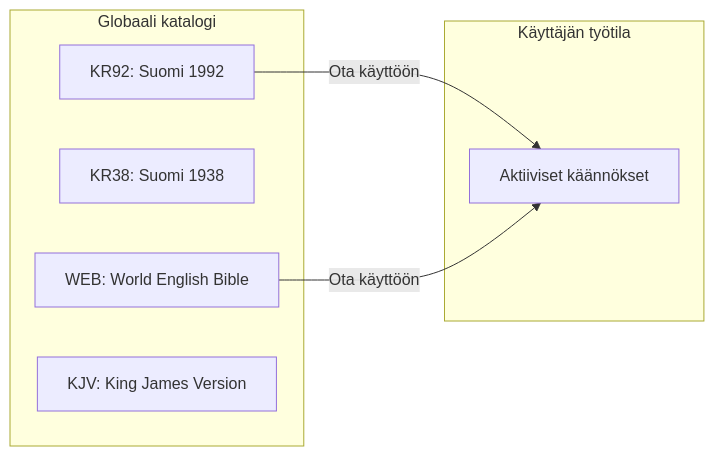
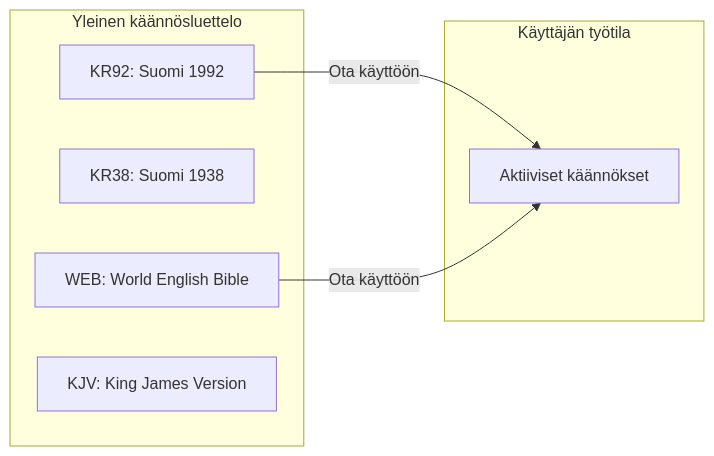
The first of 2 diagrams in docs/fi/guide/import-and-seeding.md (mvirtai/clible-v3-go), drawn with Mermaid before and after one commit. The commit also changed other lines of this file and 21 other files, not shown here.

````diff
--- a/docs/fi/guide/import-and-seeding.md
+++ b/docs/fi/guide/import-and-seeding.md
@@ -15,16 +15,16 @@
 ```mermaid
 graph LR
-    subgraph Catalog ["Globaali katalogi"]
+    subgraph Catalog ["Yleinen käännösluettelo"]
         T1["KR92: Suomi 1992"]
         T2["KR38: Suomi 1938"]
         T3["WEB: World English Bible"]
         T4["KJV: King James Version"]
     end
     
     subgraph UserSpace ["Käyttäjän työtila"]
         Active["Aktiiviset käännökset"]
     end
     
     T1 -->|Ota käyttöön| Active
     T3 -->|Ota käyttöön| Active
 ```
````
